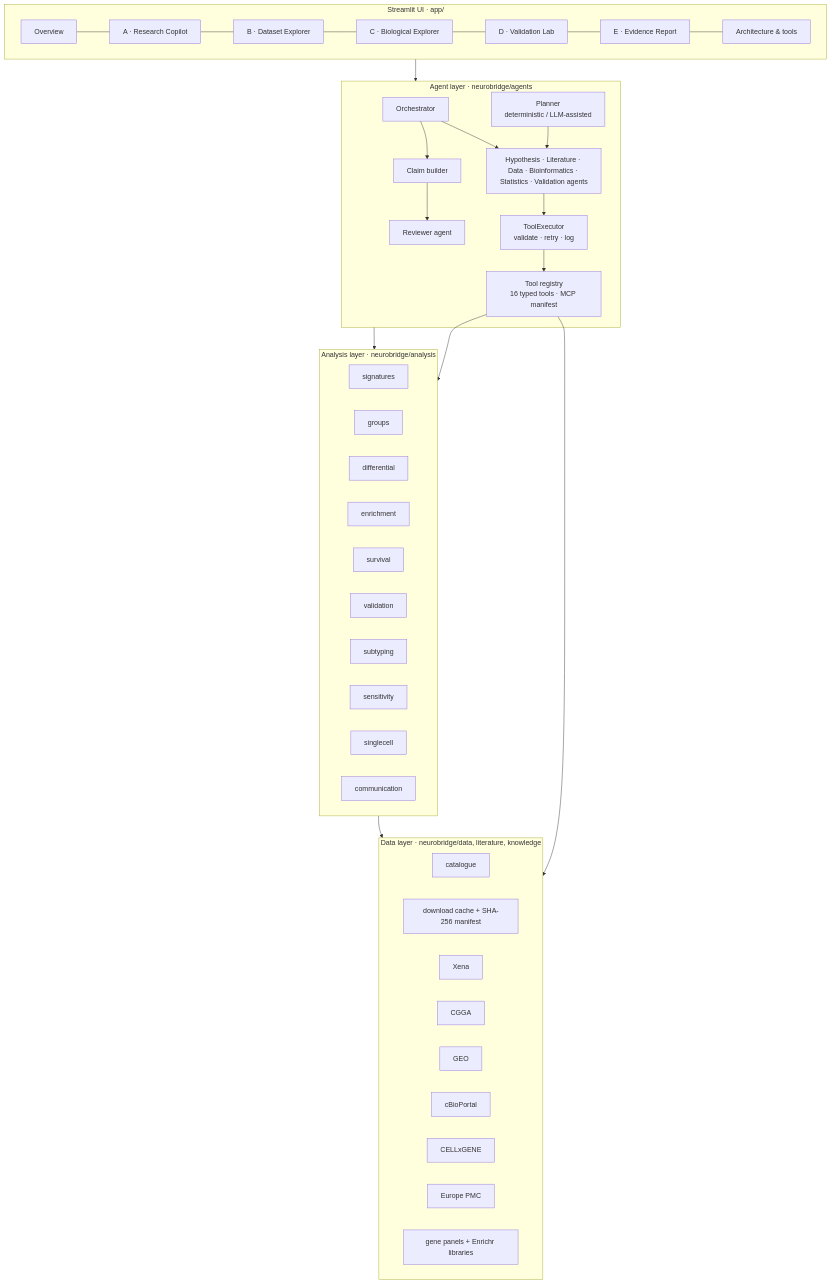
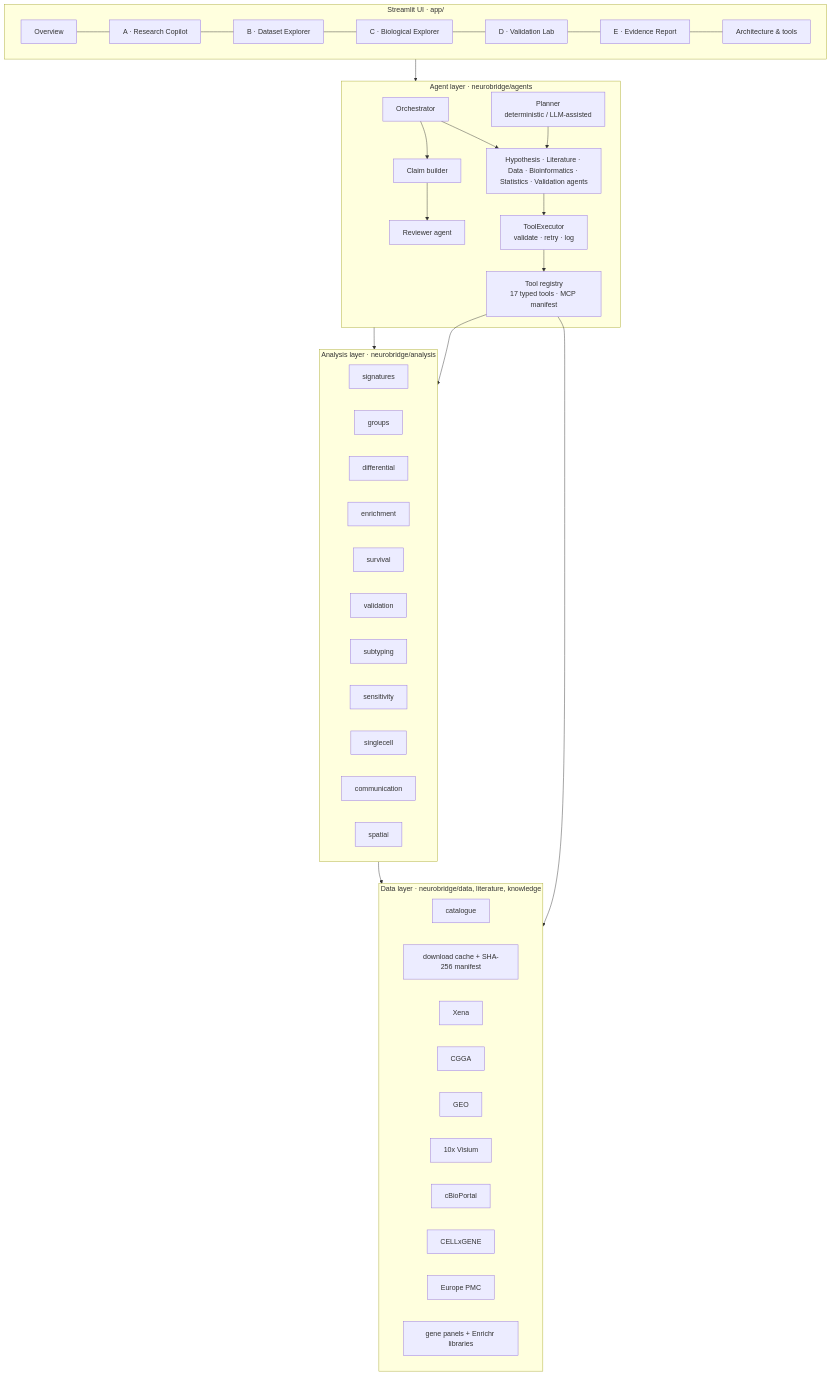
Before and after one commit to stefaniazoibb/neurobridge: the diagram in docs/ARCHITECTURE.md, drawn with Mermaid. The commit also changed 25 other files, not shown here.

Commit message:
Add spatial transcriptomics, gene-level analysis and LLM integration

````diff
--- a/docs/ARCHITECTURE.md
+++ b/docs/ARCHITECTURE.md
@@ -5,22 +5,22 @@
 ```mermaid
 flowchart TB
   subgraph UI[Streamlit UI · app/]
     HOME[Overview] --- COP[A · Research Copilot] --- DSE[B · Dataset Explorer] --- BIO[C · Biological Explorer] --- VAL[D · Validation Lab] --- REP[E · Evidence Report] --- ARC[Architecture & tools]
   end
   subgraph AG[Agent layer · neurobridge/agents]
     ORC[Orchestrator] --> AGS[Hypothesis · Literature · Data · Bioinformatics · Statistics · Validation agents]
     AGS --> EX[ToolExecutor<br/>validate · retry · log]
-    EX --> REG[Tool registry<br/>16 typed tools · MCP manifest]
+    EX --> REG[Tool registry<br/>17 typed tools · MCP manifest]
     ORC --> CL[Claim builder] --> RV[Reviewer agent]
     PL[Planner<br/>deterministic / LLM-assisted] --> AGS
   end
   subgraph AN[Analysis layer · neurobridge/analysis]
-    SIG[signatures] & GRP[groups] & DE[differential] & ENR[enrichment] & SUR[survival] & VLD[validation] & SUB[subtyping] & SEN[sensitivity] & SC[singlecell] & LR[communication]
+    SIG[signatures] & GRP[groups] & DE[differential] & ENR[enrichment] & SUR[survival] & VLD[validation] & SUB[subtyping] & SEN[sensitivity] & SC[singlecell] & LR[communication] & SP[spatial]
   end
   subgraph DA[Data layer · neurobridge/data, literature, knowledge]
-    CAT[catalogue] & CACHE[download cache + SHA-256 manifest] & XENA[Xena] & CGGA[CGGA] & GEO[GEO] & CBP[cBioPortal] & CXG[CELLxGENE] & EPMC[Europe PMC] & GS[gene panels + Enrichr libraries]
+    CAT[catalogue] & CACHE[download cache + SHA-256 manifest] & XENA[Xena] & CGGA[CGGA] & GEO[GEO] & VIS[10x Visium] & CBP[cBioPortal] & CXG[CELLxGENE] & EPMC[Europe PMC] & GS[gene panels + Enrichr libraries]
   end
   UI --> AG --> AN --> DA
   REG --> AN
   REG --> DA
 ```
````
